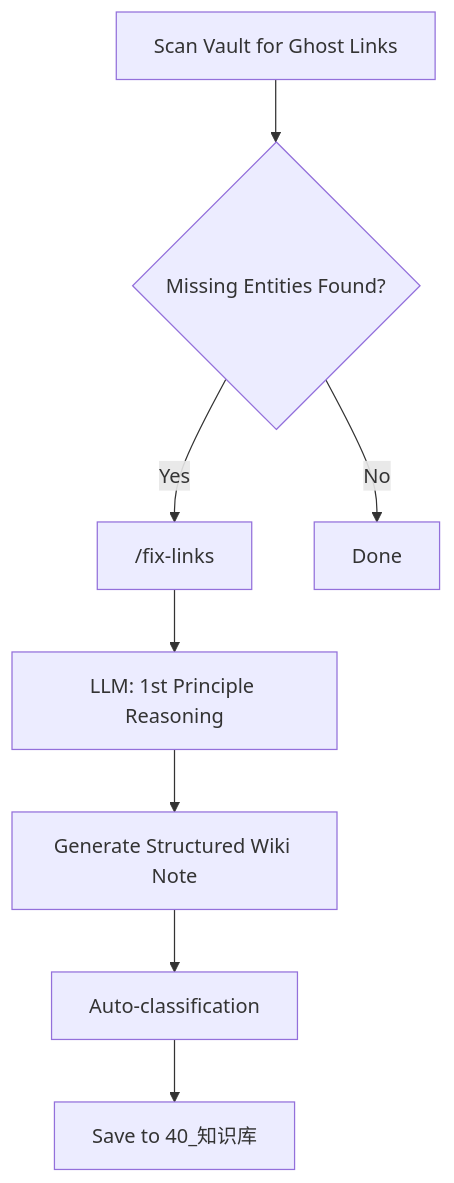
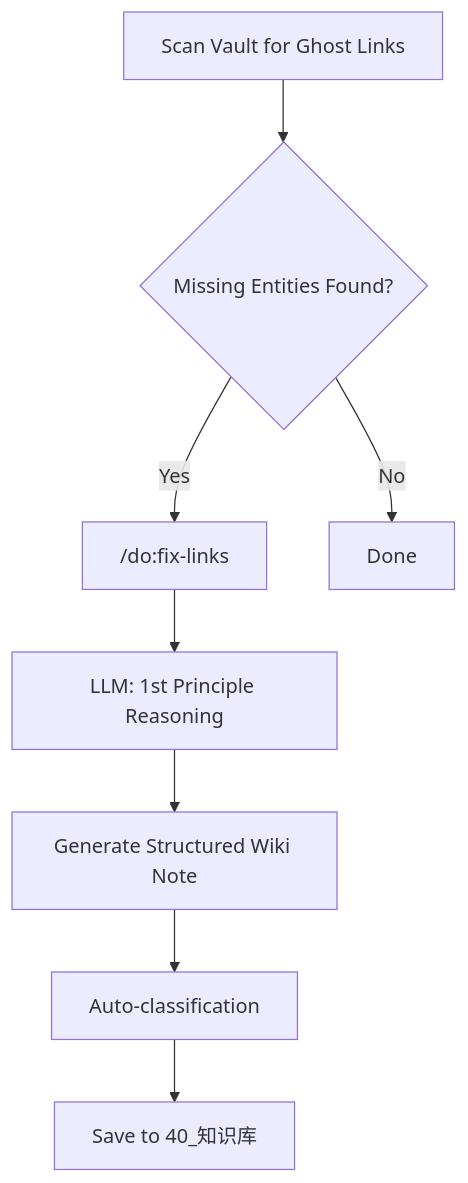
One commit to dull-bird/DeepOrbit changed the third of 4 diagrams in Architecture.md. Above: the diagram before and after it, drawn with Mermaid. The commit also changed other lines of this file and 105 other files, not shown here.

Commit message:
refactor(architecture): Update command paths to include 'do:' prefix and remove deprecated files

````diff
--- a/Architecture.md
+++ b/Architecture.md
@@ -106,11 +106,11 @@
 ```mermaid
 graph TD
     Scan[Scan Vault for Ghost Links] --> Identify{Missing Entities Found?}
-    Identify -- Yes --> Agent["/fix-links"]
+    Identify -- Yes --> Agent["/do:fix-links"]
     Identify -- No --> End[Done]
     
     Agent --> Prompt[LLM: 1st Principle Reasoning]
     Prompt --> Gen[Generate Structured Wiki Note]
     Gen --> Classify[Auto-classification]
     Classify --> Save[Save to 40_知识库]
 ```
````
